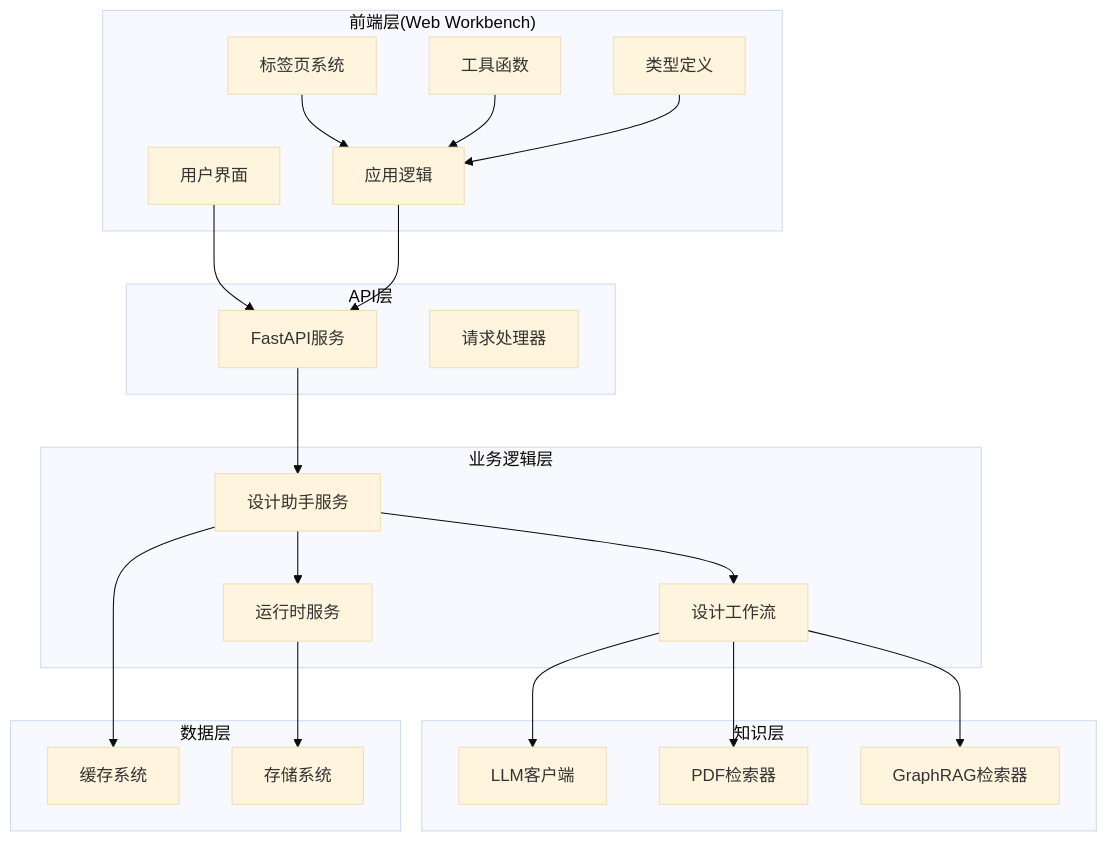
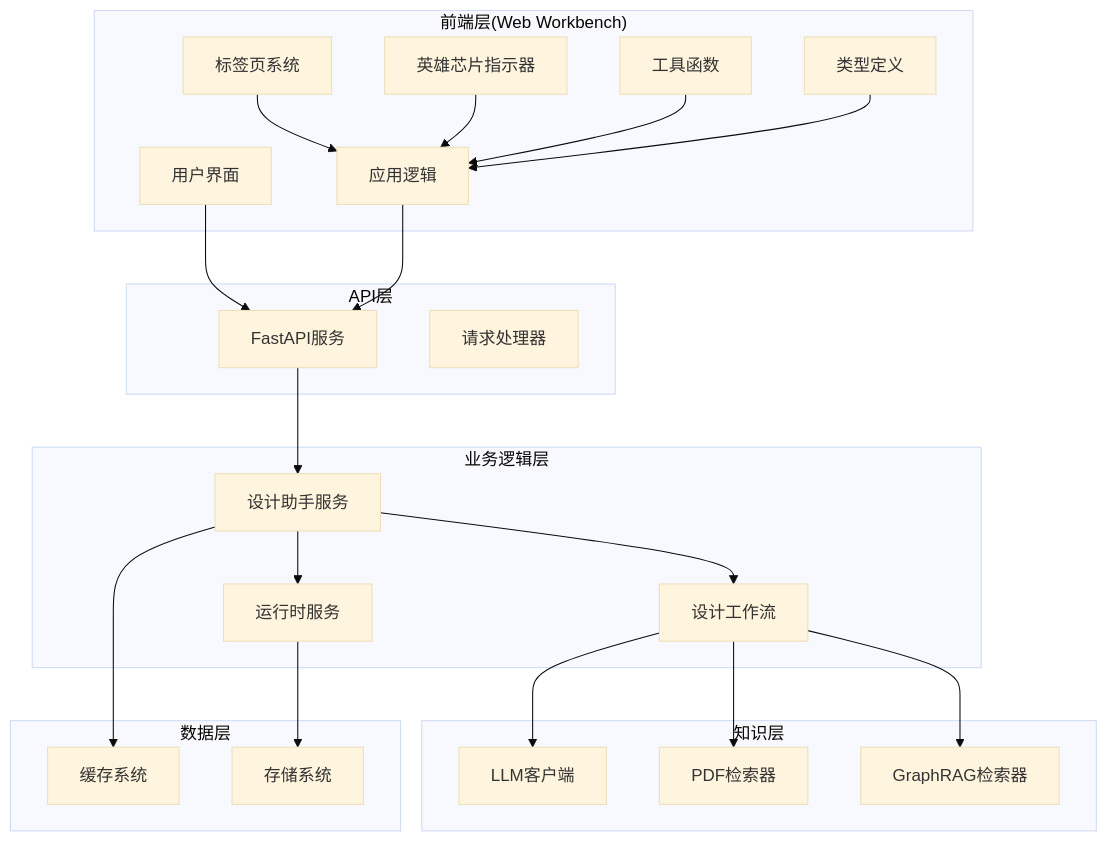
The third of 9 diagrams in .qoder/repowiki/zh/content/Web界面系统/工作台界面/设计草案面板.md (wsqstar/RoadGen3D), drawn with Mermaid (base theme) before and after one commit. The commit also changed other lines of this file and 13 other files, not shown here.

````diff
--- a/.qoder/repowiki/zh/content/Web界面系统/工作台界面/设计草案面板.md
+++ b/.qoder/repowiki/zh/content/Web界面系统/工作台界面/设计草案面板.md
@@ -95,41 +141,43 @@
 ```mermaid
 graph TB
 subgraph "前端层(Web Workbench)"
 UI[用户界面]
 App[应用逻辑]
 Utils[工具函数]
 Types[类型定义]
 Tabs[标签页系统]
+HeroChips[英雄芯片指示器]
 end
 subgraph "API层"
 API[FastAPI服务]
 Handler[请求处理器]
 end
 subgraph "业务逻辑层"
 Service[设计助手服务]
 Workflow[设计工作流]
 Runtime[运行时服务]
 end
 subgraph "知识层"
 LLM[LLM客户端]
 PDFRAG[PDF检索器]
 GraphRAG[GraphRAG检索器]
 end
 subgraph "数据层"
 Cache[缓存系统]
 Storage[存储系统]
 end
 UI --> API
 App --> API
 Tabs --> App
+HeroChips --> App
 Utils --> App
 Types --> App
 API --> Service
 Service --> Workflow
 Service --> Runtime
 Workflow --> LLM
 Workflow --> PDFRAG
 Workflow --> GraphRAG
 Service --> Cache
 Runtime --> Storage
 ```
````
